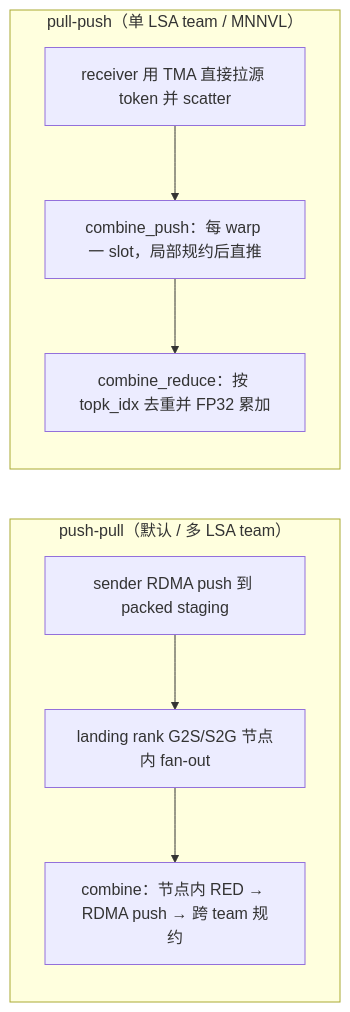
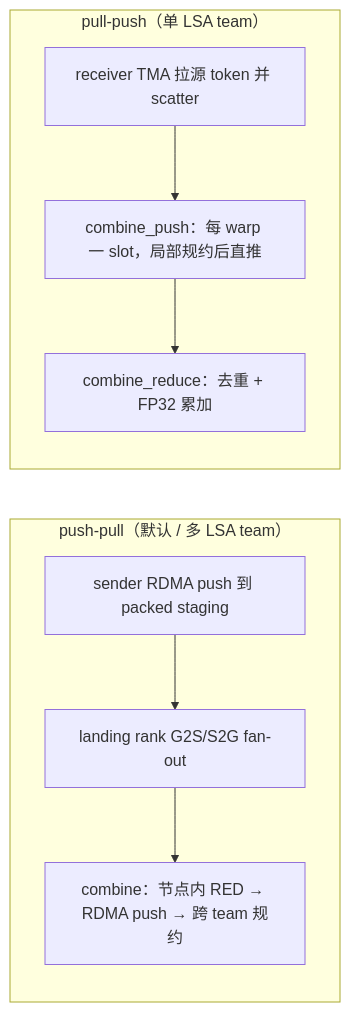
Before and after one commit to s0okiym/nccl-extensions: the eighth of 9 diagrams in nccl_ep/docs/design_overview.md, drawn with Mermaid. The commit also changed other lines of this file, not shown here.

````diff
--- a/nccl_ep/docs/design_overview.md
+++ b/nccl_ep/docs/design_overview.md
@@ -425,11 +333,9 @@
 ```mermaid
 flowchart LR
-  subgraph PP["push-pull（默认 / 多 LSA team）"]
-    P1["sender RDMA push 到 packed staging"] --> P2["landing rank G2S/S2G 节点内 fan-out"]
-    P2 --> P3["combine：节点内 RED → RDMA push → 跨 team 规约"]
+  subgraph P["push-pull（默认 / 多 LSA team）"]
+    P1["sender RDMA push 到 packed staging"] --> P2["landing rank G2S/S2G fan-out"] --> P3["combine：节点内 RED → RDMA push → 跨 team 规约"]
   end
-  subgraph PU["pull-push（单 LSA team / MNNVL）"]
-    U1["receiver 用 TMA 直接拉源 token 并 scatter"] --> U2["combine_push：每 warp 一 slot，局部规约后直推"]
-    U2 --> U3["combine_reduce：按 topk_idx 去重并 FP32 累加"]
+  subgraph U["pull-push（单 LSA team）"]
+    U1["receiver TMA 拉源 token 并 scatter"] --> U2["combine_push：每 warp 一 slot，局部规约后直推"] --> U3["combine_reduce：去重 + FP32 累加"]
   end
 ```
````
